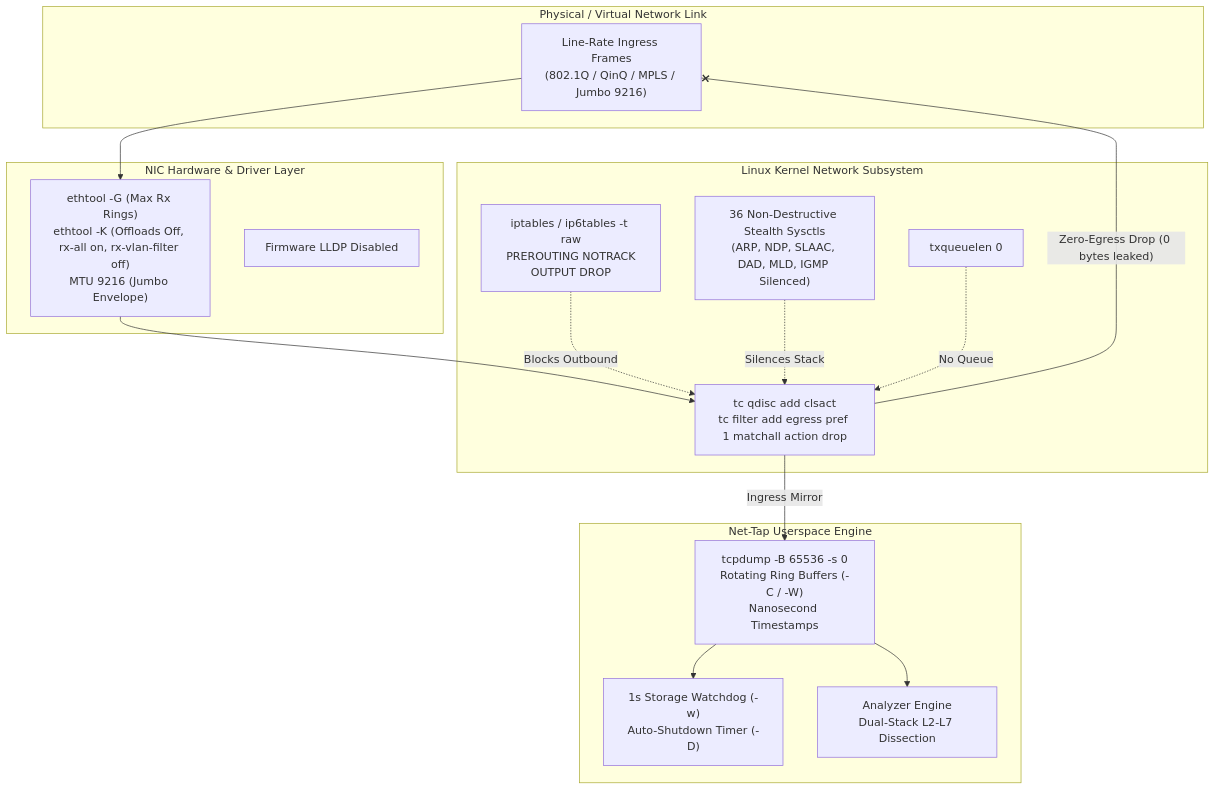
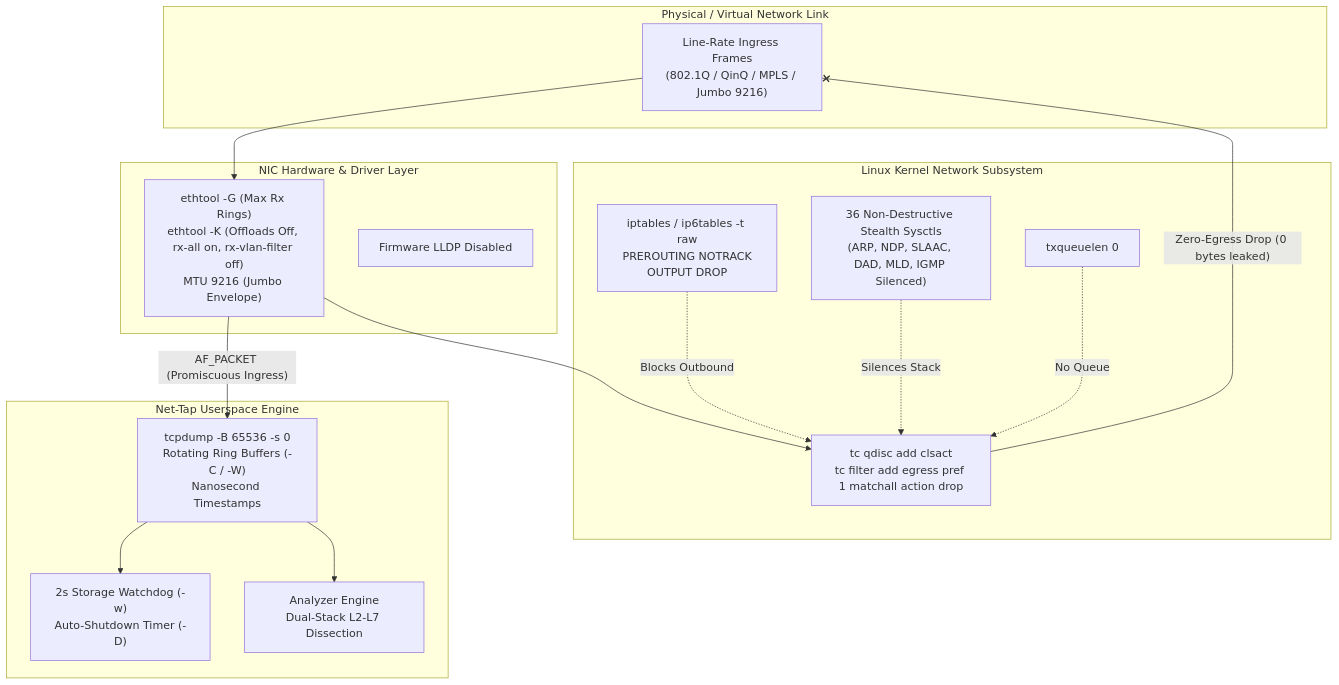
The first of 9 diagrams in README.md (Nementon/net-tap), drawn with Mermaid before and after one commit. The commit also changed other lines of this file and 9 other files, not shown here.

````diff
--- a/README.md
+++ b/README.md
@@ -88,34 +88,34 @@
 ```mermaid
 flowchart TD
     subgraph Wire ["Physical / Virtual Network Link"]
         Traffic["Line-Rate Ingress Frames<br/>(802.1Q / QinQ / MPLS / Jumbo 9216)"]
     end
 
     subgraph NIC ["NIC Hardware & Driver Layer"]
         HW["ethtool -G (Max Rx Rings)<br/>ethtool -K (Offloads Off, rx-all on, rx-vlan-filter off)<br/>MTU 9216 (Jumbo Envelope)"]
         FW_LLDP["Firmware LLDP Disabled"]
     end
 
     subgraph Kernel ["Linux Kernel Network Subsystem"]
         TC["tc qdisc add clsact<br/>tc filter add egress pref 1 matchall action drop"]
         IPT["iptables / ip6tables -t raw<br/>PREROUTING NOTRACK<br/>OUTPUT DROP"]
         SYSCTL["36 Non-Destructive Stealth Sysctls<br/>(ARP, NDP, SLAAC, DAD, MLD, IGMP Silenced)"]
         QDISC["txqueuelen 0"]
     end
 
     subgraph Userspace ["Net-Tap Userspace Engine"]
         PCAP["tcpdump -B 65536 -s 0<br/>Rotating Ring Buffers (-C / -W)<br/>Nanosecond Timestamps"]
-        WATCHDOG["1s Storage Watchdog (-w)<br/>Auto-Shutdown Timer (-D)"]
+        WATCHDOG["2s Storage Watchdog (-w)<br/>Auto-Shutdown Timer (-D)"]
         DPI["Analyzer Engine<br/>Dual-Stack L2-L7 Dissection"]
     end
 
     Traffic --> HW
+    HW -->|"AF_PACKET (Promiscuous Ingress)"| PCAP
     HW --> TC
-    TC -->|"Ingress Mirror"| PCAP
     PCAP --> WATCHDOG
     PCAP --> DPI
     IPT -.->|"Blocks Outbound"| TC
     SYSCTL -.->|"Silences Stack"| TC
     QDISC -.->|"No Queue"| TC
     TC -- "Zero-Egress Drop (0 bytes leaked)" --x Traffic
 ```
````
